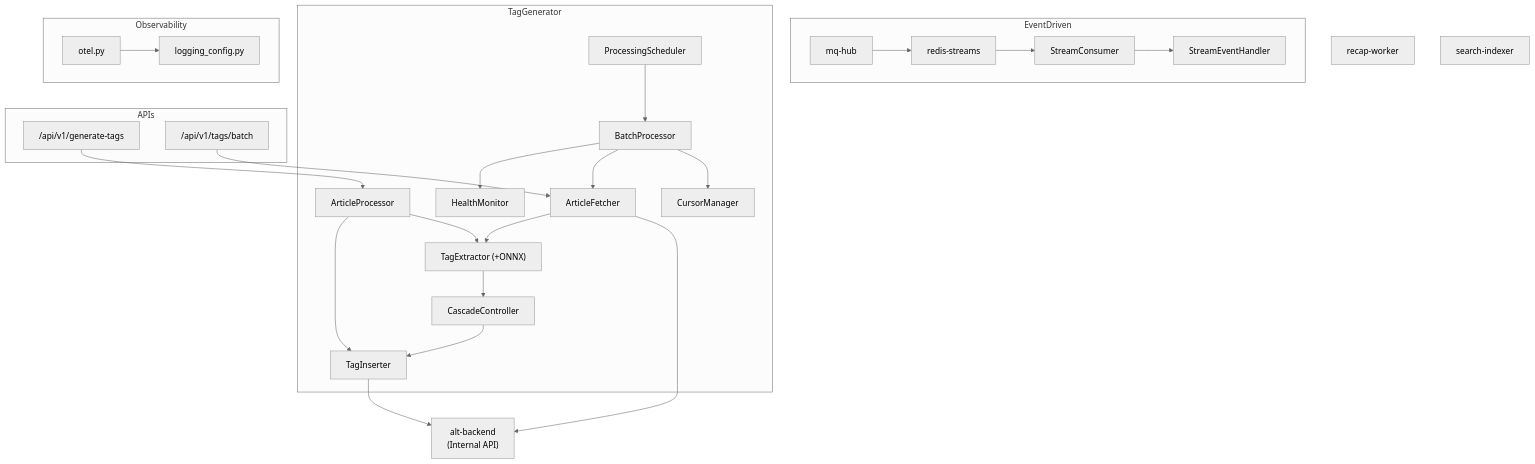
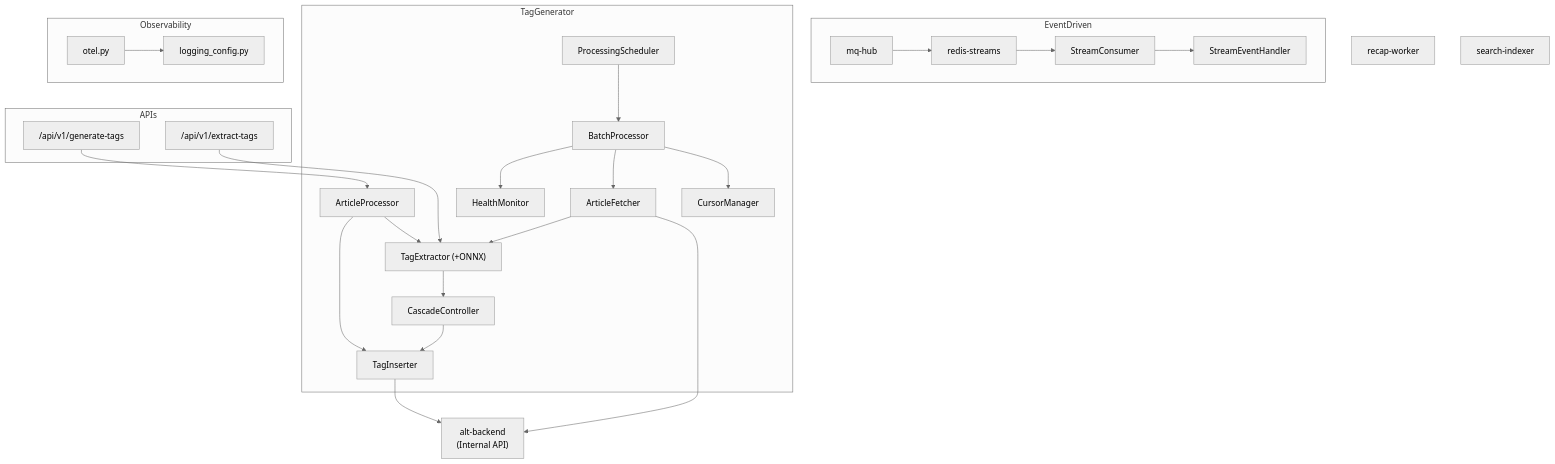
One commit to Kaikei-e/Alt changed the diagram in docs/services/tag-generator.md. Above: the diagram before and after it, drawn with Mermaid (neutral theme). The commit also changed other lines of this file and 11 other files, not shown here.

First line of the commit message:
refactor(tag-generator): remove Shared DB residue for /api/v1/tags/batch

````diff
--- a/docs/services/tag-generator.md
+++ b/docs/services/tag-generator.md
@@ -16,50 +16,50 @@
 ```mermaid
 flowchart TD
     subgraph EventDriven
         RS[redis-streams]
         MQ[mq-hub]
         Consumer[StreamConsumer]
         Handler[StreamEventHandler]
     end
 
     subgraph TagGenerator
         Scheduler[ProcessingScheduler]
         BatchProc[BatchProcessor]
         Fetcher[ArticleFetcher]
         Extractor["TagExtractor (+ONNX)"]
         Cascade[CascadeController]
         Inserter[TagInserter]
         CursorMgr[CursorManager]
         HealthMon[HealthMonitor]
         ArticleProc[ArticleProcessor]
     end
 
     subgraph APIs
         API["/api/v1/generate-tags"]
-        BatchAPI["/api/v1/tags/batch"]
+        ExtractAPI["/api/v1/extract-tags"]
     end
 
     subgraph Observability
         OTel[otel.py]
         LogConfig[logging_config.py]
     end
 
     AltBackend["alt-backend\n(Internal API)"]
     Recap[recap-worker]
     Search[search-indexer]
 
     RS --> Consumer --> Handler
     MQ --> RS
     Scheduler --> BatchProc
     BatchProc --> CursorMgr
     BatchProc --> Fetcher
     Fetcher --> AltBackend
     Extractor --> Cascade --> Inserter --> AltBackend
     Fetcher --> Extractor
     BatchProc --> HealthMon
     ArticleProc --> Extractor
     ArticleProc --> Inserter
     API --> ArticleProc
-    BatchAPI --> Fetcher
+    ExtractAPI --> Extractor
     OTel --> LogConfig
 ```
````
